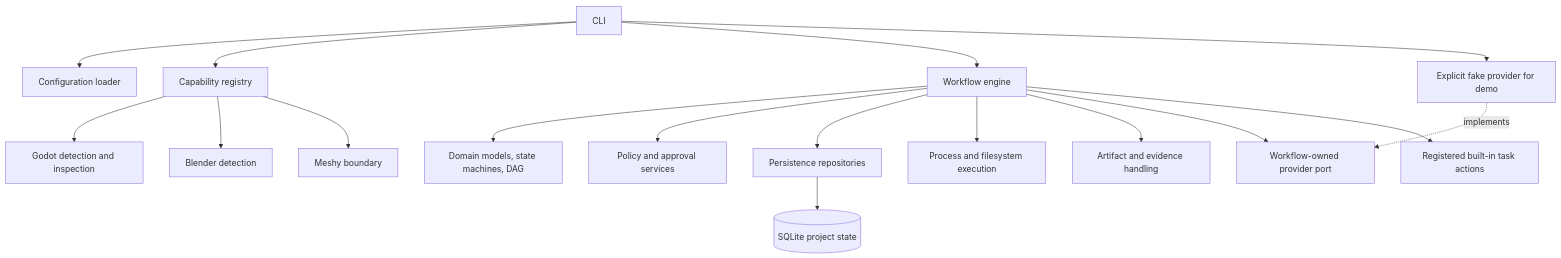
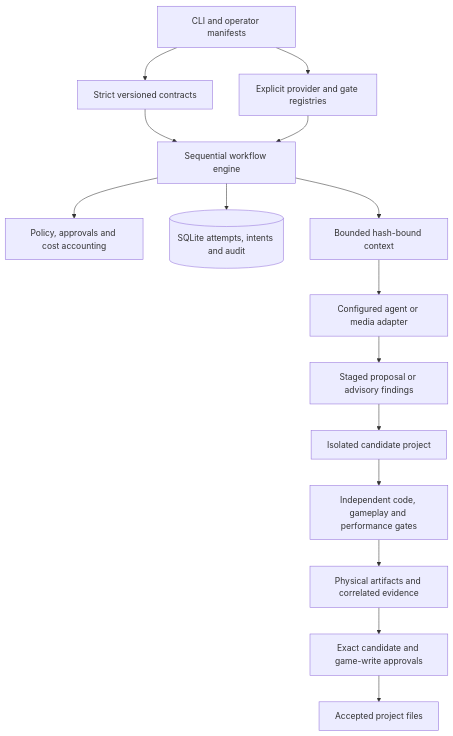
One commit to akifsen/ai-game-factory changed the diagram in docs/architecture/overview.md. Above: the diagram before and after it, drawn with Mermaid. The commit also changed other lines of this file and 76 other files, not shown here.

````diff
--- a/docs/architecture/overview.md
+++ b/docs/architecture/overview.md
@@ -5,19 +9,17 @@
 ```mermaid
 flowchart TD
-  CLI[CLI] --> CFG[Configuration loader]
-  CLI --> CAP[Capability registry]
-  CLI --> WF[Workflow engine]
-  WF --> DOMAIN[Domain models, state machines, DAG]
-  WF --> POLICY[Policy and approval services]
-  WF --> REPOS[Persistence repositories]
-  REPOS --> DB[(SQLite project state)]
-  WF --> EXEC[Process and filesystem execution]
-  WF --> ART[Artifact and evidence handling]
-  CAP --> GODOT[Godot detection and inspection]
-  CAP --> BLENDER[Blender detection]
-  CAP --> MESHY[Meshy boundary]
-  WF --> PORT[Workflow-owned provider port]
-  FAKE[Explicit fake provider for demo] -. implements .-> PORT
-  CLI --> FAKE
-  WF --> ACTIONS[Registered built-in task actions]
+  CLI[CLI and operator manifests] --> CONTRACT[Strict versioned contracts]
+  CLI --> COMPOSE[Explicit provider and gate registries]
+  CONTRACT --> ENGINE[Sequential workflow engine]
+  COMPOSE --> ENGINE
+  ENGINE --> POLICY[Policy, approvals and cost accounting]
+  ENGINE --> DB[(SQLite attempts, intents and audit)]
+  ENGINE --> CONTEXT[Bounded hash-bound context]
+  CONTEXT --> PROVIDER[Configured agent or media adapter]
+  PROVIDER --> PROPOSAL[Staged proposal or advisory findings]
+  PROPOSAL --> CANDIDATE[Isolated candidate project]
+  CANDIDATE --> QA[Independent code, gameplay and performance gates]
+  QA --> EVIDENCE[Physical artifacts and correlated evidence]
+  EVIDENCE --> HUMAN[Exact candidate and game-write approvals]
+  HUMAN --> GAME[Accepted project files]
 ```
````
